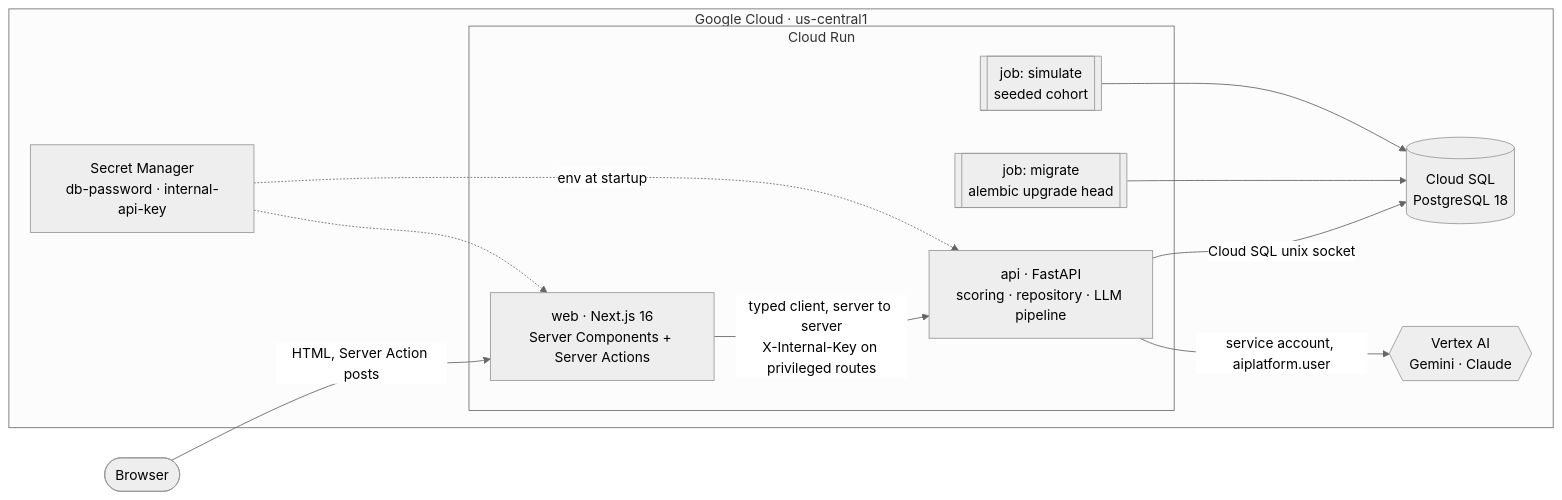
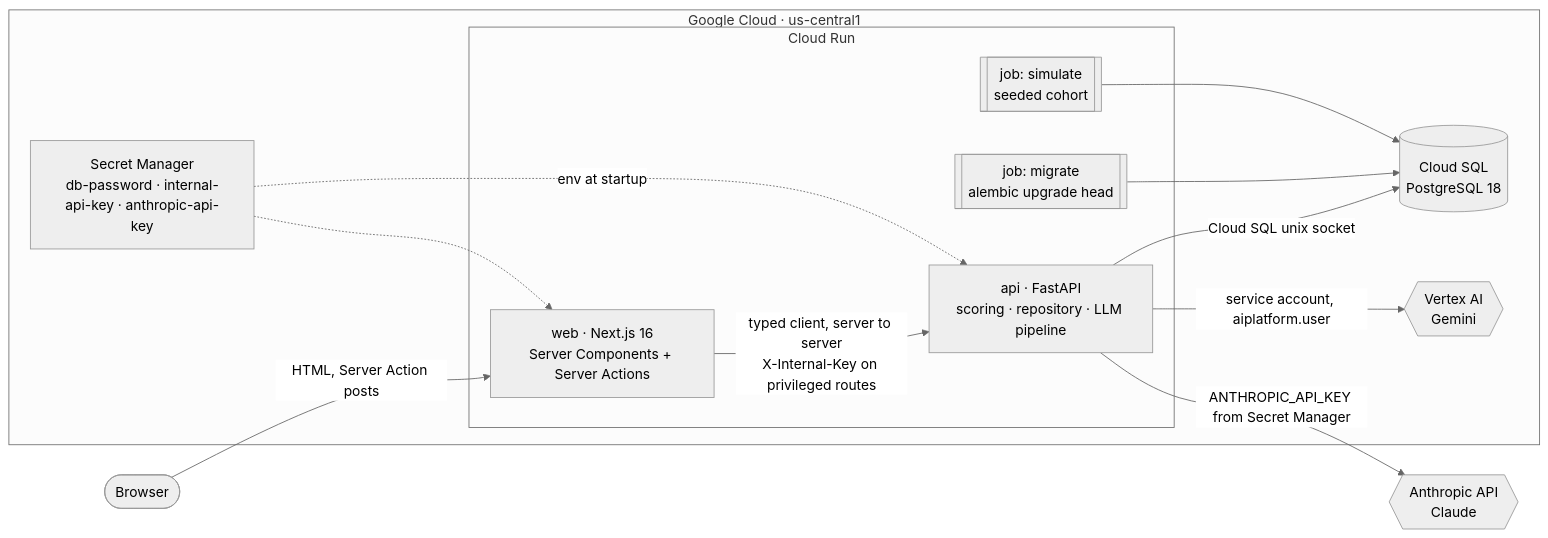
The first of 2 diagrams in docs/ARCHITECTURE.md (ahrimmedia-beep/clinical-case-lab), drawn with Mermaid (neutral theme) before and after one commit. The commit also changed other lines of this file and 8 other files, not shown here.

````diff
--- a/docs/ARCHITECTURE.md
+++ b/docs/ARCHITECTURE.md
@@ -7,23 +7,25 @@
 ```mermaid
 flowchart LR
   browser(["Browser"])
   subgraph gcp["Google Cloud · us-central1"]
     subgraph cr["Cloud Run"]
       web["web · Next.js 16<br/>Server Components + Server Actions"]
       api["api · FastAPI<br/>scoring · repository · LLM pipeline"]
       migrate[["job: migrate<br/>alembic upgrade head"]]
       simulate[["job: simulate<br/>seeded cohort"]]
     end
     sql[("Cloud SQL<br/>PostgreSQL 18")]
-    vertex{{"Vertex AI<br/>Gemini · Claude"}}
-    secrets["Secret Manager<br/>db-password · internal-api-key"]
+    vertex{{"Vertex AI<br/>Gemini"}}
+    secrets["Secret Manager<br/>db-password · internal-api-key · anthropic-api-key"]
   end
+  anthropic{{"Anthropic API<br/>Claude"}}
   browser -->|"HTML, Server Action posts"| web
   web -->|"typed client, server to server<br/>X-Internal-Key on privileged routes"| api
   api -->|"Cloud SQL unix socket"| sql
   migrate --> sql
   simulate --> sql
   api -->|"service account, aiplatform.user"| vertex
+  api -->|"ANTHROPIC_API_KEY from Secret Manager"| anthropic
   secrets -.->|"env at startup"| api
   secrets -.-> web
 ```
````
